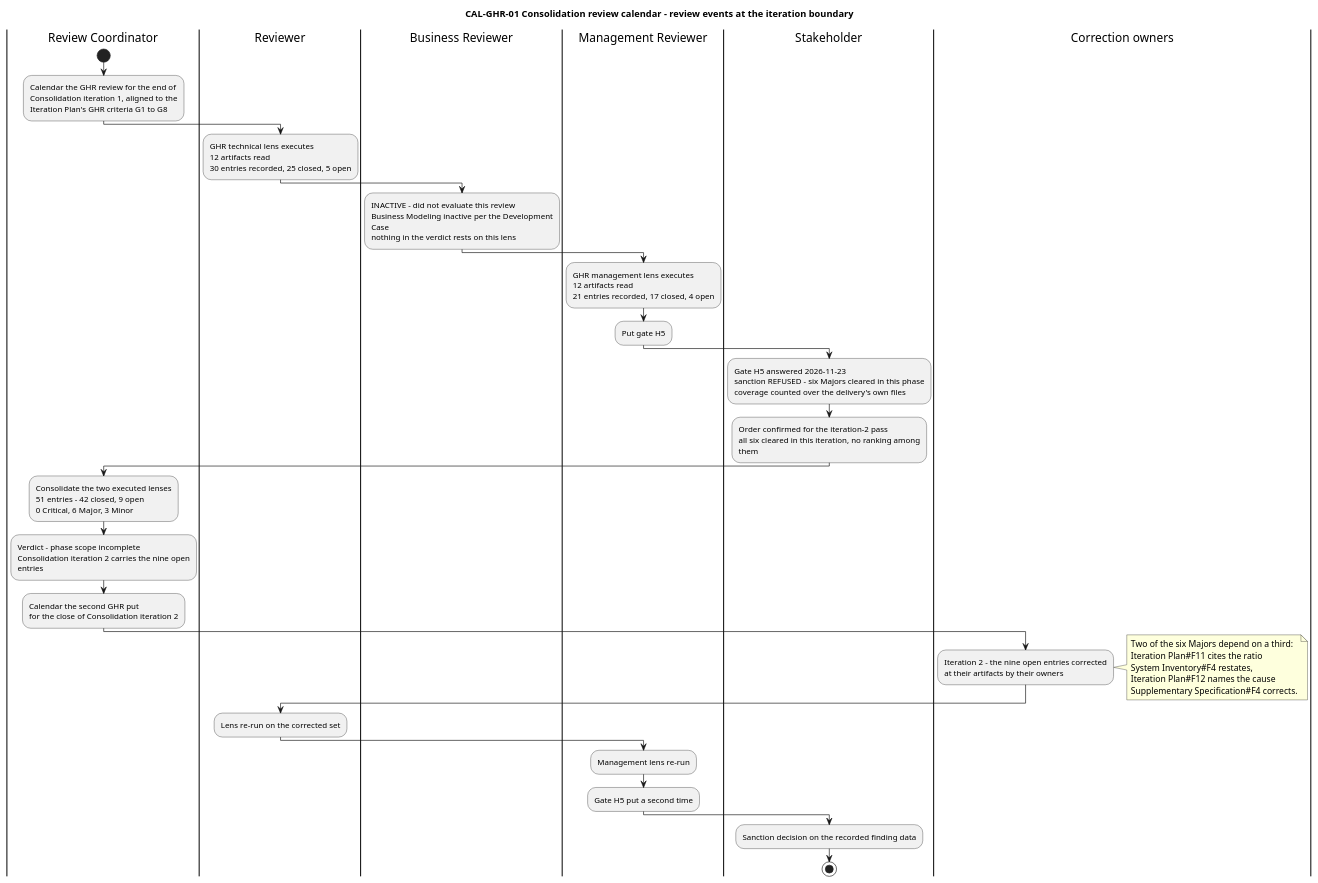
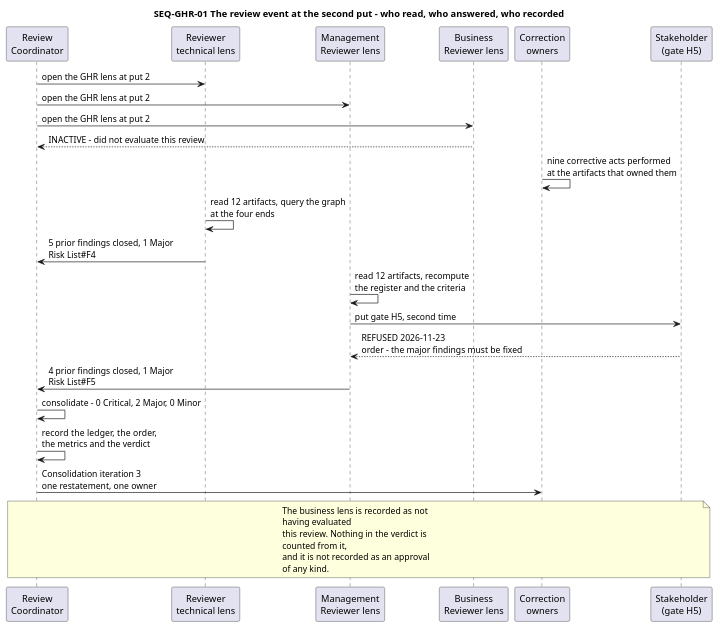
One commit to banense-test/TodoApp changed diagram 13 of 16 in docs/artifacts/project-management/review-record.md. Above: the diagram before and after it, drawn with PlantUML. The commit also changed other lines of this file, not shown here.

First line of the commit message:
Review Coordinator [Consolidation2]: upsert Review Record

````diff
--- a/docs/artifacts/project-management/review-record.md
+++ b/docs/artifacts/project-management/review-record.md
@@ -1037,69 +1027,39 @@
 ```plantuml
 @startuml
-title CAL-GHR-01 Consolidation review calendar - review events at the iteration boundary
+title SEQ-GHR-01 The review event at the second put - who read, who answered, who recorded
 skinparam shadowing false
-skinparam wrapWidth 300
+skinparam wrapWidth 235
 
-|Review Coordinator|
-start
-:Calendar the GHR review for the end of
-Consolidation iteration 1, aligned to the
-Iteration Plan's GHR criteria G1 to G8;
+participant "Review\nCoordinator" as RC
+participant "Reviewer\ntechnical lens" as RV
+participant "Management\nReviewer lens" as MR
+participant "Business\nReviewer lens" as BR
+participant "Correction\nowners" as CO
+participant "Stakeholder\n(gate H5)" as SH
 
-|Reviewer|
-:GHR technical lens executes
-12 artifacts read
-30 entries recorded, 25 closed, 5 open;
+RC -> RV : open the GHR lens at put 2
+RC -> MR : open the GHR lens at put 2
+RC -> BR : open the GHR lens at put 2
+BR --> RC : INACTIVE - did not evaluate this review
 
-|Business Reviewer|
-:INACTIVE - did not evaluate this review
-Business Modeling inactive per the Development Case
-nothing in the verdict rests on this lens;
+CO -> CO : nine corrective acts performed\nat the artifacts that owned them
 
-|Management Reviewer|
-:GHR management lens executes
-12 artifacts read
-21 entries recorded, 17 closed, 4 open;
-:Put gate H5;
+RV -> RV : read 12 artifacts, query the graph\nat the four ends
+RV -> RC : 5 prior findings closed, 1 Major\nRisk List#F4
 
-|Stakeholder|
-:Gate H5 answered 2026-11-23
-sanction REFUSED - six Majors cleared in this phase
-coverage counted over the delivery's own files;
-:Order confirmed for the iteration-2 pass
-all six cleared in this iteration, no ranking among them;
+MR -> MR : read 12 artifacts, recompute\nthe register and the criteria
+MR -> SH : put gate H5, second time
+SH --> MR : REFUSED 2026-11-23\norder - the major findings must be fixed
+MR -> RC : 4 prior findings closed, 1 Major\nRisk List#F5
 
-|Review Coordinator|
-:Consolidate the two executed lenses
-51 entries - 42 closed, 9 open
-0 Critical, 6 Major, 3 Minor;
-:Verdict - phase scope incomplete
-Consolidation iteration 2 carries the nine open entries;
-:Calendar the second GHR put
-for the close of Consolidation iteration 2;
+RC -> RC : consolidate - 0 Critical, 2 Major, 0 Minor
+RC -> RC : record the ledger, the order,\nthe metrics and the verdict
+RC -> CO : Consolidation iteration 3\none restatement, one owner
 
-|Correction owners|
-:Iteration 2 - the nine open entries corrected
-at their artifacts by their owners;
-
-note right
-  Two of the six Majors depend on a third:
-  Iteration Plan#F11 cites the ratio
-  System Inventory#F4 restates,
-  Iteration Plan#F12 names the cause
-  Supplementary Specification#F4 corrects.
+note over RC, SH
+  The business lens is recorded as not having evaluated
+  this review. Nothing in the verdict is counted from it,
+  and it is not recorded as an approval of any kind.
 end note
-
-|Reviewer|
-:Lens re-run on the corrected set;
-
-|Management Reviewer|
-:Management lens re-run;
-:Gate H5 put a second time;
-
-|Stakeholder|
-:Sanction decision on the recorded finding data;
-
-stop
 @enduml
 ```
````
